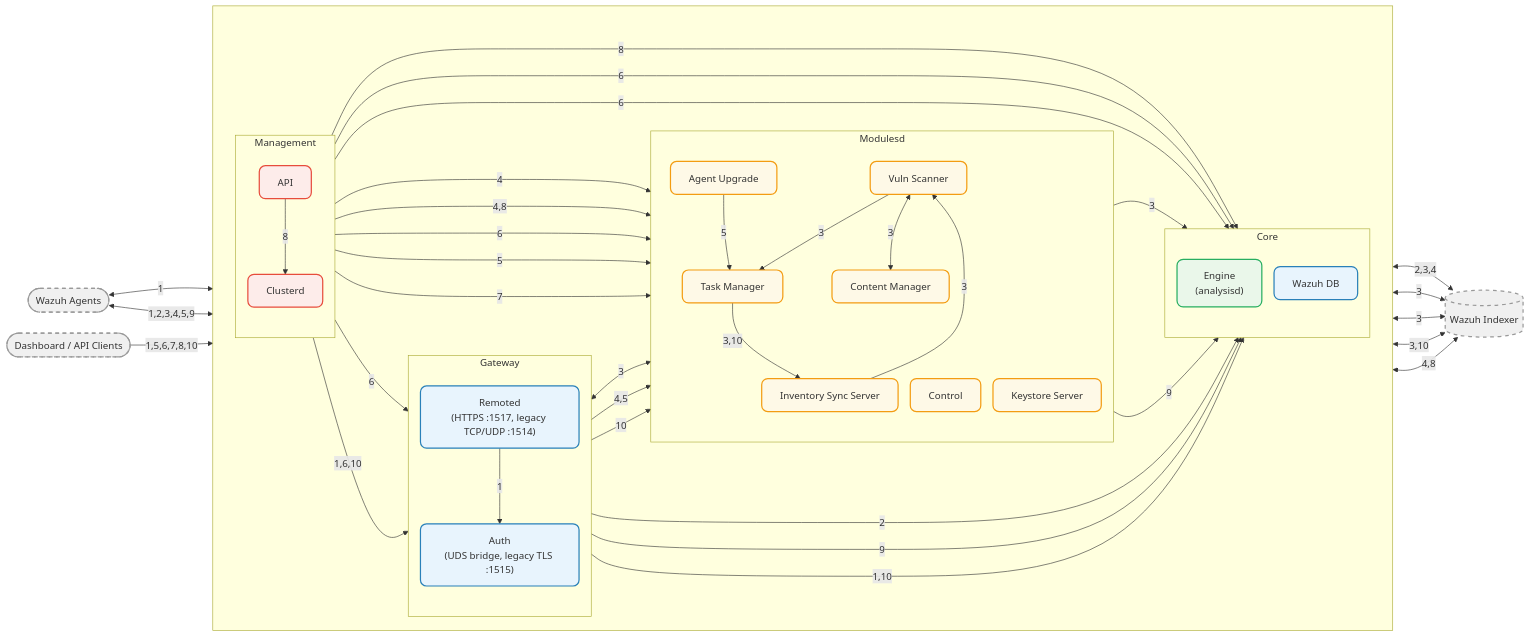
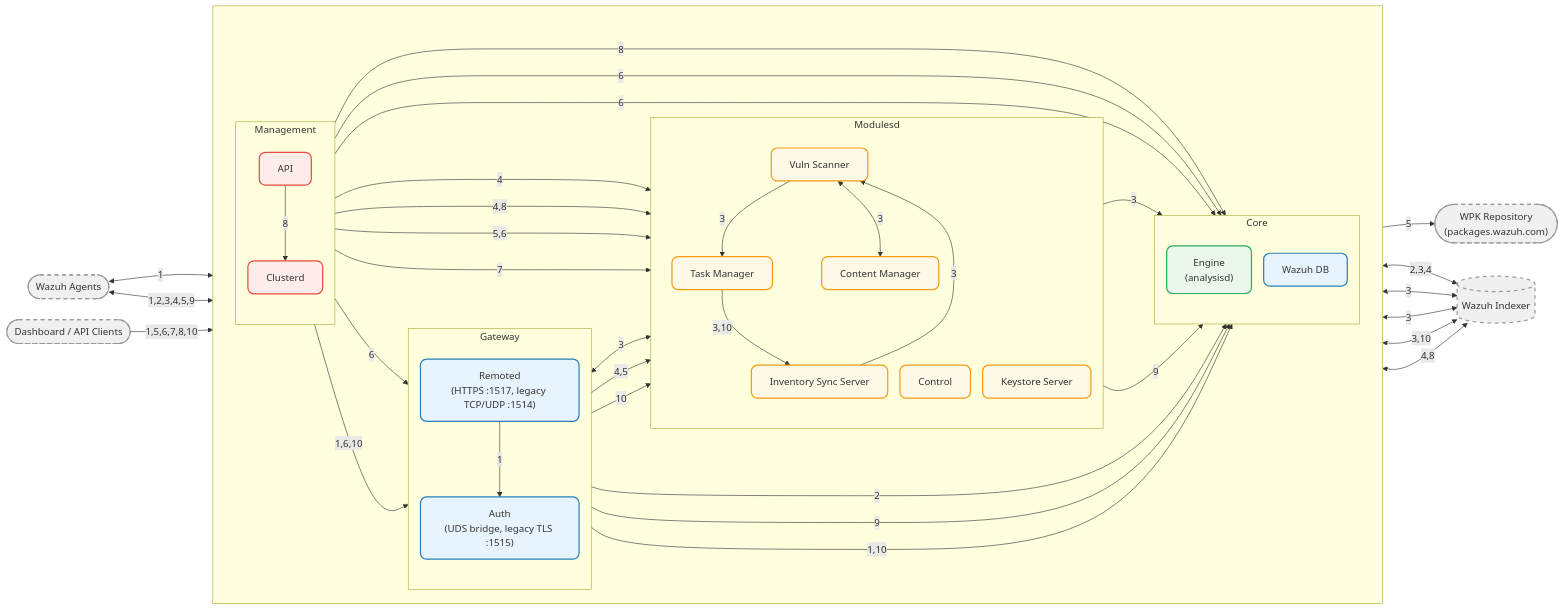
One commit to wazuh/wazuh changed the diagram in docs/ref/architecture.md. Above: the diagram before and after it, drawn with Mermaid. The commit also changed other lines of this file and 121 other files, not shown here.

```diff
--- a/docs/ref/architecture.md
+++ b/docs/ref/architecture.md
@@ -45,7 +45,6 @@
     vs["Vuln Scanner"]:::m
     cm["Content Manager"]:::m
     is["Inventory Sync Server"]:::m
-    au["Agent Upgrade"]:::m
     tm["Task Manager"]:::m
     ctrl["Control"]:::m
     ks["Keystore Server"]:::m
@@ -59,6 +58,7 @@
 end
 
 indexer[("Wazuh Indexer")]:::ext
+wpk(["WPK Repository<br/>(packages.wazuh.com)"]):::ext
 
 %% External → Gateway
 agents <-->|1| authd
@@ -78,11 +78,13 @@
 
 %% Modulesd internal (in-process VD scan lane)
 is -->|3| vs
-au -->|5| tm
 vs -->|3| tm
 
 %% Task Manager dispatches its manager tasks to Inventory Sync Server's internal routes
 tm -->|3,10| is
+
+%% The WPK download for an upgrade request: modulesd's only connection outside the deployment
+tm -->|5| wpk
 
 %% CVE feed downloads: VD registers a provider, Content Manager pages the feed back to it
 vs <-->|3| cm
@@ -111,9 +113,9 @@
 clusterd -->|4,8| ks
 
 %% Management → Internal
-api -->|6| engine & wdb & remoted & tm
+api -->|5,6| tm
+api -->|6| engine & wdb & remoted
 api -->|1,6,10| authd
-api -->|5| au
 api -->|7| ctrl
 api -->|8| clusterd
 
```
